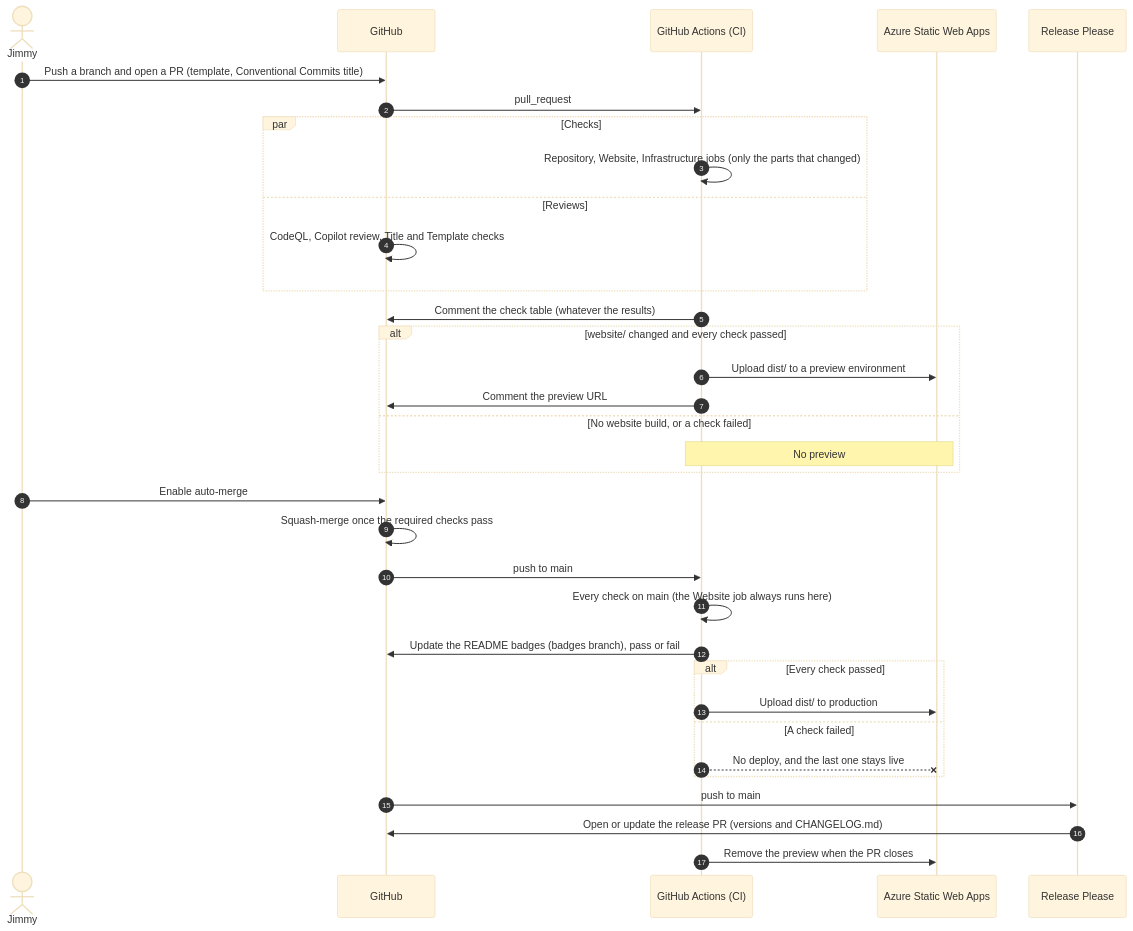
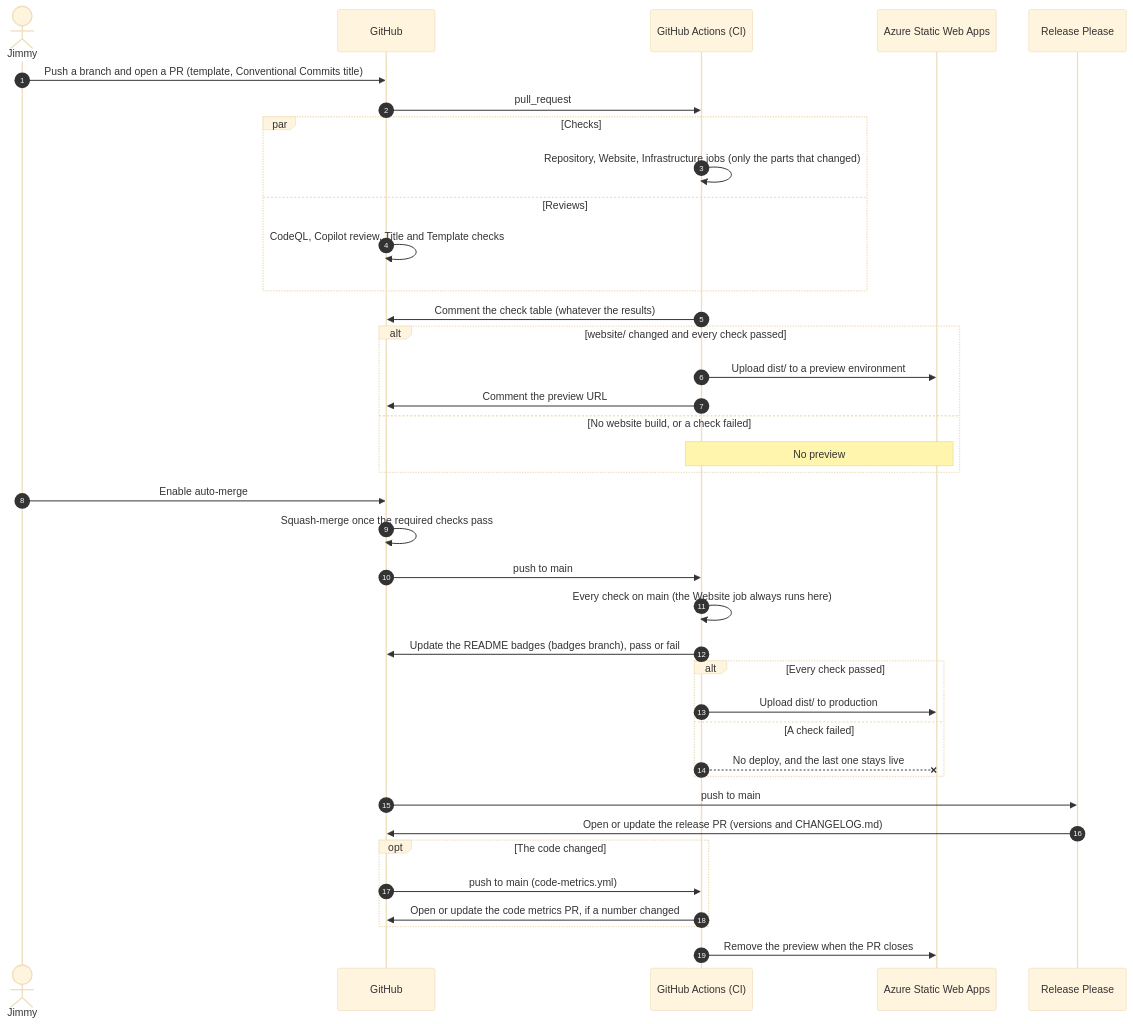
Before and after one commit to jimmykurian/personal-site: the second of 4 diagrams in docs/architecture/flows.md, drawn with Mermaid (base theme). The commit also changed other lines of this file and 13 other files, not shown here.

First line of the commit message:
ci: add a code metrics table to the README, refreshed by a bot pull request (#27)

````diff
--- a/docs/architecture/flows.md
+++ b/docs/architecture/flows.md
@@ -35,37 +35,41 @@
 ```mermaid
 sequenceDiagram
     autonumber
     actor Jimmy
     participant GH as GitHub
     participant CI as GitHub Actions (CI)
     participant SWA as Azure Static Web Apps
     participant RP as Release Please
 
     Jimmy->>GH: Push a branch and open a PR (template, Conventional Commits title)
     GH->>CI: pull_request
     par Checks
         CI->>CI: Repository, Website, Infrastructure jobs (only the parts that changed)
     and Reviews
         GH->>GH: CodeQL, Copilot review, Title and Template checks
     end
     CI->>GH: Comment the check table (whatever the results)
     alt website/ changed and every check passed
         CI->>SWA: Upload dist/ to a preview environment
         CI->>GH: Comment the preview URL
     else No website build, or a check failed
         Note over CI,SWA: No preview
     end
     Jimmy->>GH: Enable auto-merge
     GH->>GH: Squash-merge once the required checks pass
     GH->>CI: push to main
     CI->>CI: Every check on main (the Website job always runs here)
     CI->>GH: Update the README badges (badges branch), pass or fail
     alt Every check passed
         CI->>SWA: Upload dist/ to production
     else A check failed
         CI--xSWA: No deploy, and the last one stays live
     end
     GH->>RP: push to main
     RP->>GH: Open or update the release PR (versions and CHANGELOG.md)
+    opt The code changed
+        GH->>CI: push to main (code-metrics.yml)
+        CI->>GH: Open or update the code metrics PR, if a number changed
+    end
     CI->>SWA: Remove the preview when the PR closes
 ```
````
